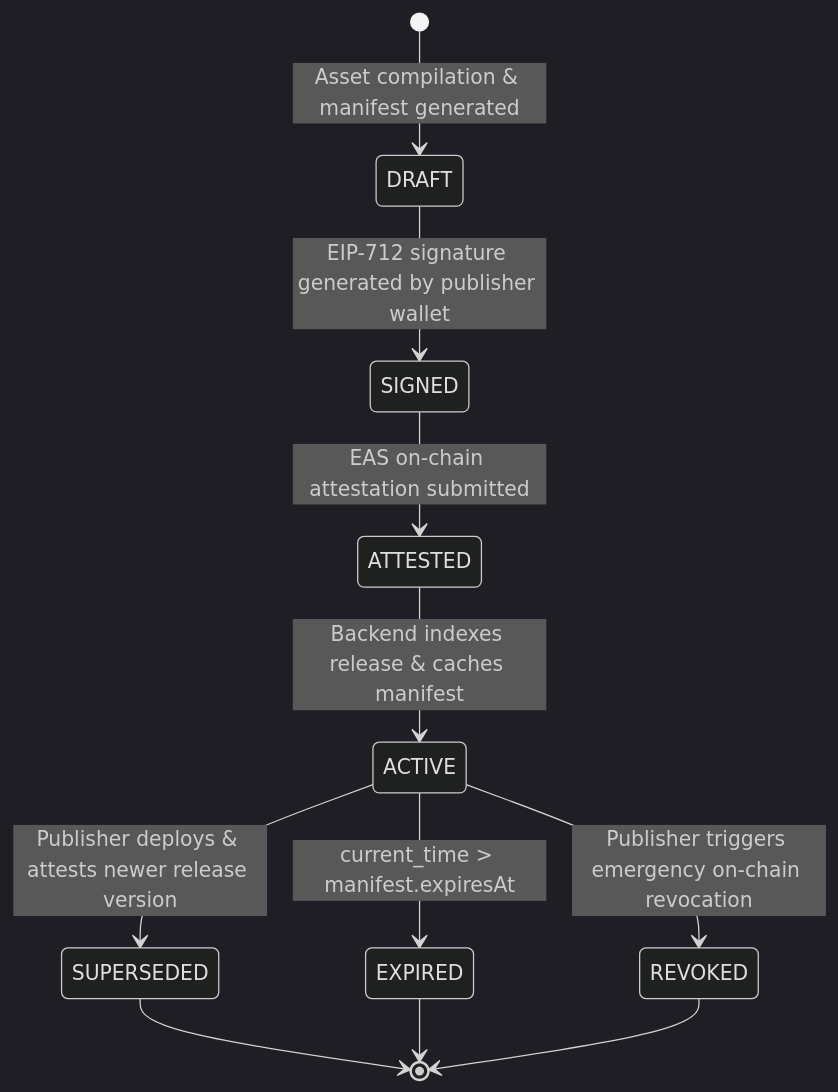
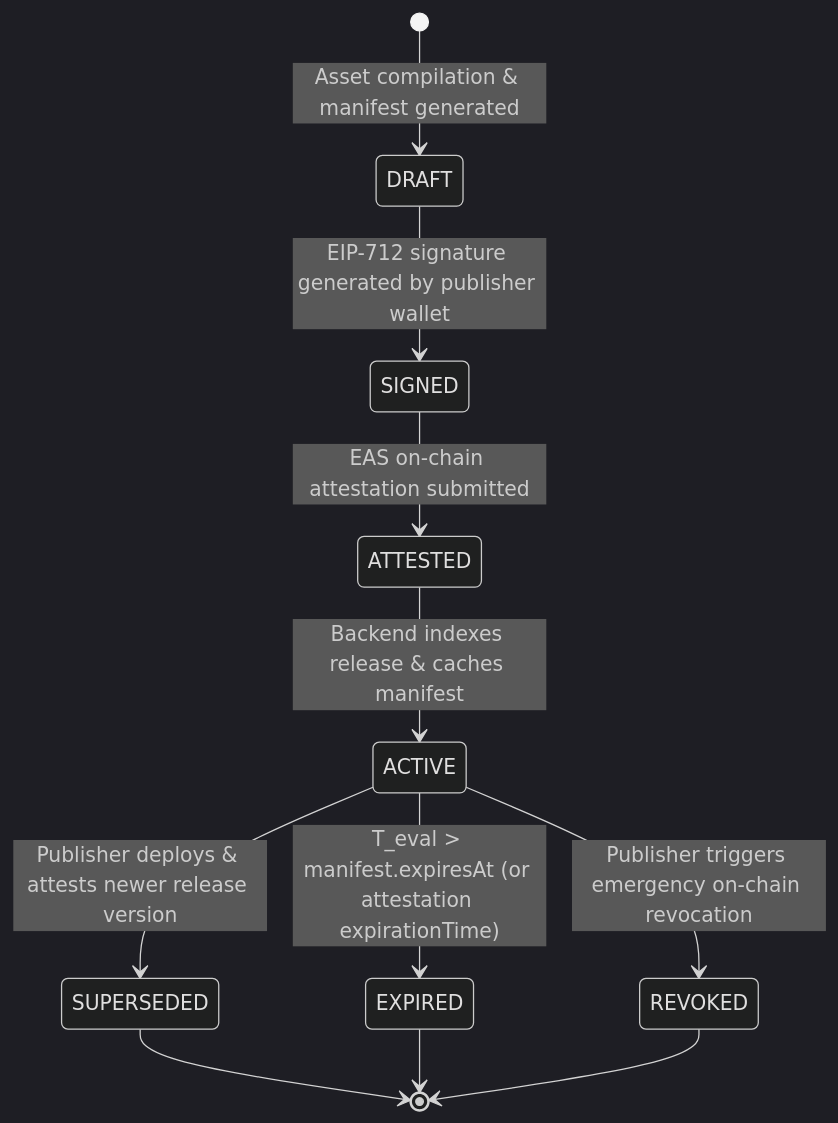
The diagram in docs/04-protocol/RELEASE_LIFECYCLE.md (MustafaPinjari/LUCENTRA), drawn with Mermaid (dark theme) before and after one commit. The commit also changed 22 other files, not shown here.

````diff
--- a/docs/04-protocol/RELEASE_LIFECYCLE.md
+++ b/docs/04-protocol/RELEASE_LIFECYCLE.md
@@ -18,15 +18,15 @@
 ```mermaid
 stateDiagram-v2
     [*] --> DRAFT : Asset compilation & manifest generated
     DRAFT --> SIGNED : EIP-712 signature generated by publisher wallet
     SIGNED --> ATTESTED : EAS on-chain attestation submitted
     ATTESTED --> ACTIVE : Backend indexes release & caches manifest
     
     ACTIVE --> SUPERSEDED : Publisher deploys & attests newer release version
-    ACTIVE --> EXPIRED : current_time > manifest.expiresAt
+    ACTIVE --> EXPIRED : T_eval > manifest.expiresAt (or attestation expirationTime)
     ACTIVE --> REVOKED : Publisher triggers emergency on-chain revocation
     
     SUPERSEDED --> [*]
     EXPIRED --> [*]
     REVOKED --> [*]
 ```
````
